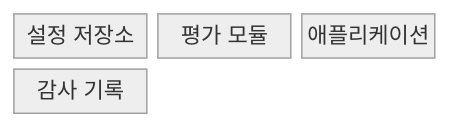
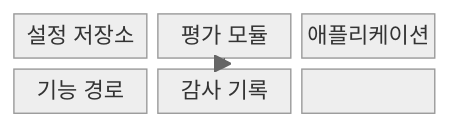
One commit to agnusdei1207/knowledge-base changed the first of 2 diagrams in src/content/docs/notes/03-software/064_feature_flag.md. Above: the diagram before and after it, drawn with Mermaid (neutral theme). The commit also changed other lines of this file and 20 other files, not shown here.

````diff
--- a/src/content/docs/notes/03-software/064_feature_flag.md
+++ b/src/content/docs/notes/03-software/064_feature_flag.md
@@ -54,8 +61,11 @@
 ```mermaid
-block-beta
+block
   columns 3
   S["설정 저장소"]
   E["평가 모듈"]
   A["애플리케이션"]
+  F["기능 경로"]
   L["감사 기록"]
+  S --> E --> A --> F
+  E --> L
 ```
````
